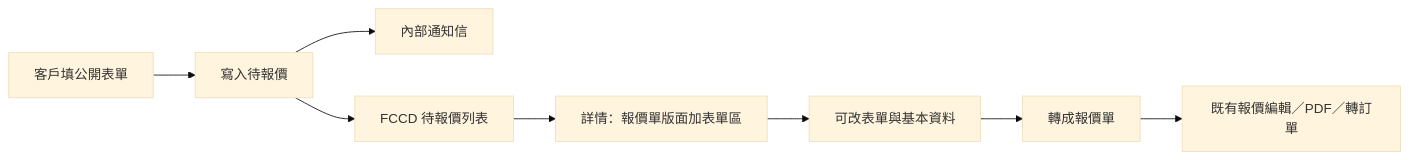
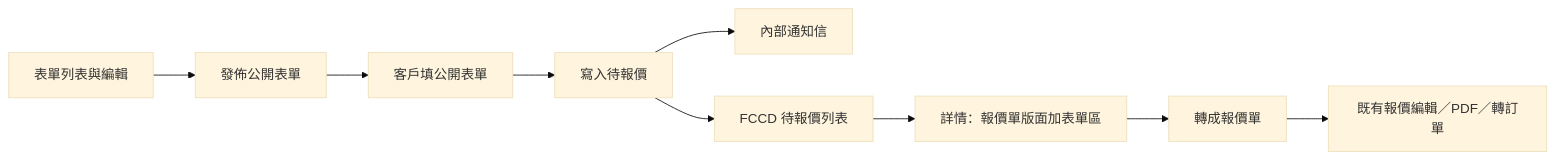
One commit to benjaken/fccd changed the diagram in docs/EMAIL_FORM_INQUIRY_PRD.md. Above: the diagram before and after it, drawn with Mermaid (base theme). The commit also changed other lines of this file, not shown here.

First line of the commit message:
docs: replace hardcoded enquiry fields with a form builder

````diff
--- a/docs/EMAIL_FORM_INQUIRY_PRD.md
+++ b/docs/EMAIL_FORM_INQUIRY_PRD.md
@@ -17,10 +17,11 @@
 ```mermaid
 flowchart LR
-  customer[客戶填公開表單] --> save[寫入待報價]
+  builder[表單列表與編輯] --> publish[發佈公開表單]
+  publish --> customer[客戶填公開表單]
+  customer --> save[寫入待報價]
   save --> mail[內部通知信]
   save --> list[FCCD 待報價列表]
   list --> detail[詳情：報價單版面加表單區]
-  detail --> edit[可改表單與基本資料]
-  edit --> convert[轉成報價單]
+  detail --> convert[轉成報價單]
   convert --> quote[既有報價編輯／PDF／轉訂單]
 ```
````
